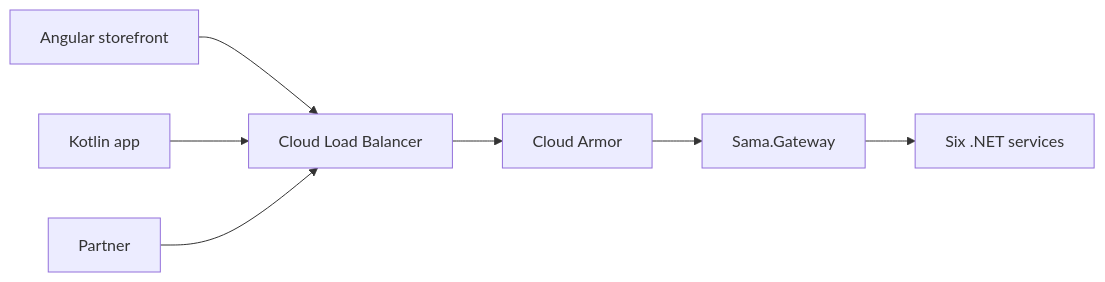
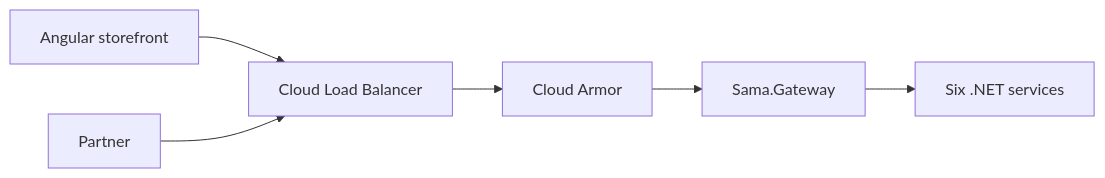
The first of 6 diagrams in docs/01-architecture.md (ahmedselimmansor-ctrl/full-stack-Angular-Asp.Net-commerce), drawn with Mermaid before and after one commit. The commit also changed other lines of this file and 44 other files, not shown here.

````diff
--- a/docs/01-architecture.md
+++ b/docs/01-architecture.md
@@ -18,8 +17,7 @@
 ```mermaid
 flowchart LR
     web[Angular storefront] --> lb
-    app[Kotlin app] --> lb
     partner[Partner] --> lb
     lb["Cloud Load Balancer"] --> armor["Cloud Armor"] --> gw["Sama.Gateway"]
     gw --> services["Six .NET services"]
 ```
````
